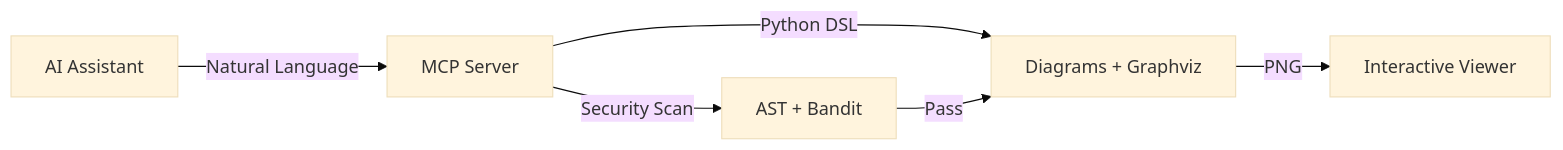
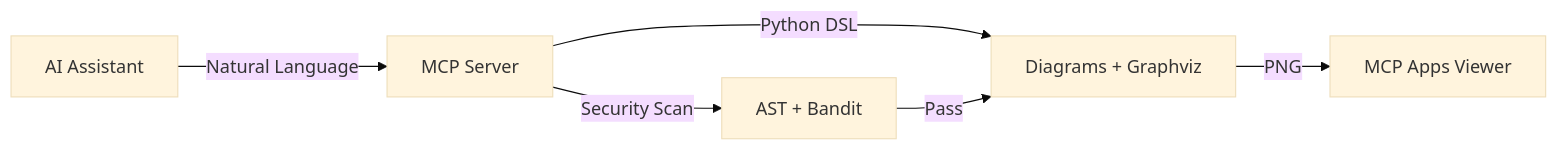
One commit to microsoft/diagrams-mcp-server changed the first of 5 diagrams in README.md. Above: the diagram before and after it, drawn with Mermaid (base theme). The commit also changed other lines of this file and 9 other files, not shown here.

First line of the commit message:
fix: Copilot-focused docs, MCP Apps viewer docs, CI fixes

````diff
--- a/README.md
+++ b/README.md
@@ -11,8 +11,8 @@
 ```mermaid
 graph LR
     A[AI Assistant] -->|Natural Language| B[MCP Server]
     B -->|Python DSL| C[Diagrams + Graphviz]
-    C -->|PNG| D[Interactive Viewer]
+    C -->|PNG| D[MCP Apps Viewer]
     B -->|Security Scan| E[AST + Bandit]
     E -->|Pass| C
 ```
````
